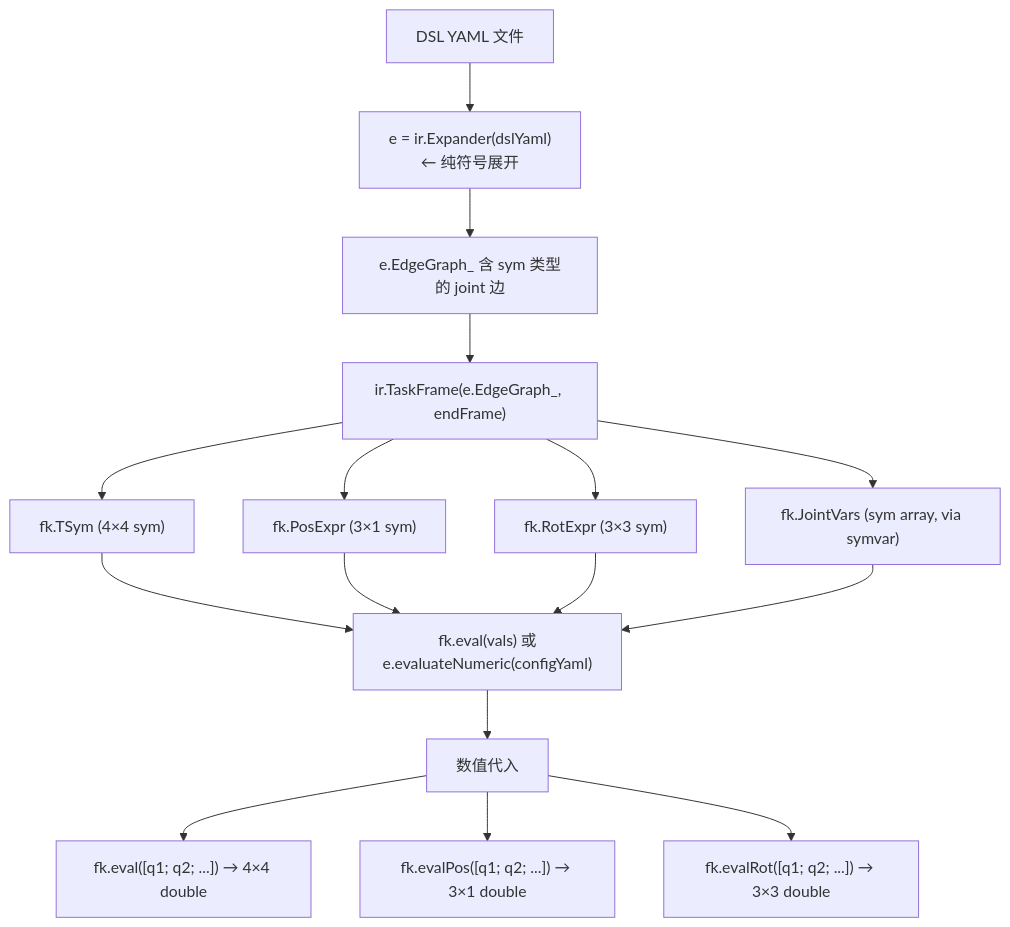
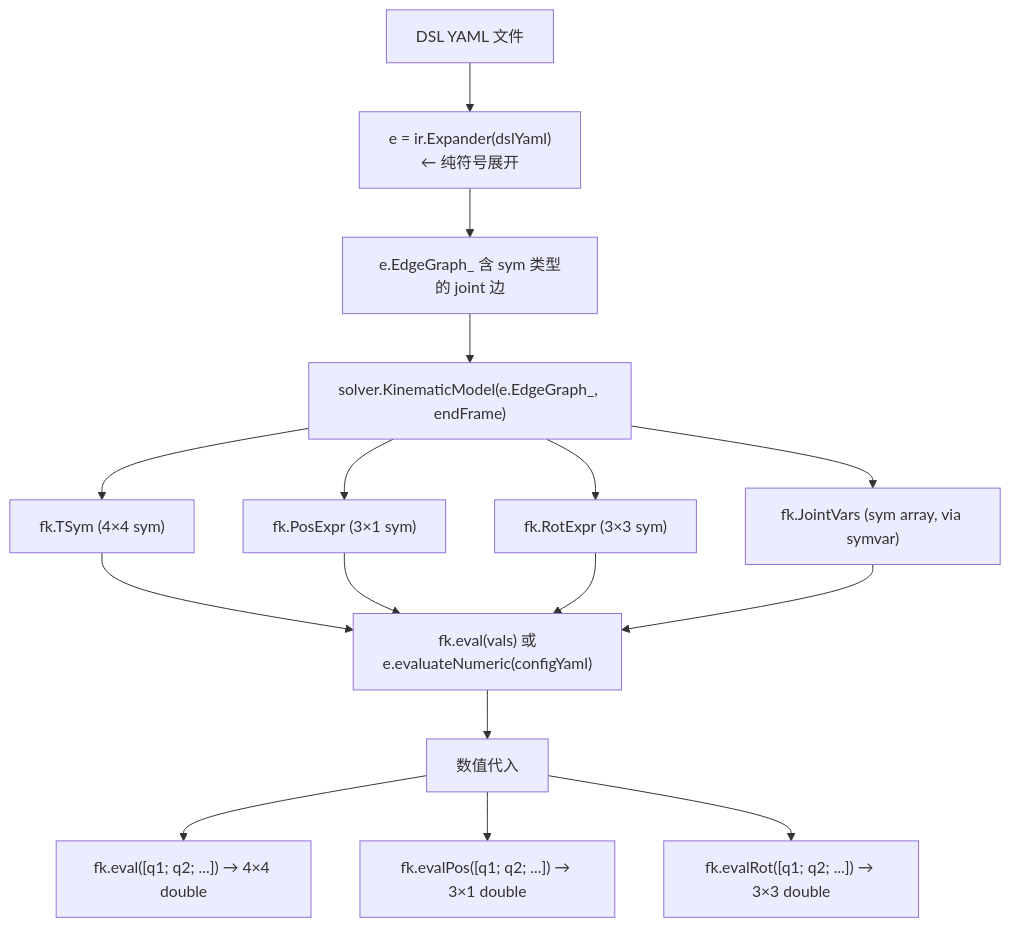
Before and after one commit to Axiom117/symbolic-modular-kinematics: the sixth of 7 diagrams in scripts/matlab/ARCHITECTURE.md, drawn with Mermaid. The commit also changed other lines of this file and 18 other files, not shown here.

````diff
--- a/scripts/matlab/ARCHITECTURE.md
+++ b/scripts/matlab/ARCHITECTURE.md
@@ -190,15 +208,15 @@
 ```mermaid
 flowchart TD
     A["DSL YAML 文件"] --> B["e = ir.Expander(dslYaml)<br/>← 纯符号展开"]
     B --> C["e.EdgeGraph_ 含 sym 类型的 joint 边"]
-    C --> D["ir.TaskFrame(e.EdgeGraph_, endFrame)"]
+    C --> D["solver.KinematicModel(e.EdgeGraph_, endFrame)"]
     D --> E1["fk.TSym (4×4 sym)"]
     D --> E2["fk.PosExpr (3×1 sym)"]
     D --> E3["fk.RotExpr (3×3 sym)"]
     D --> E4["fk.JointVars (sym array, via symvar)"]
     E1 & E2 & E3 & E4 --> F["fk.eval(vals) 或<br/>e.evaluateNumeric(configYaml)"]
     F --> G["数值代入"]
     G --> H1["fk.eval([q1; q2; ...]) → 4×4 double"]
     G --> H2["fk.evalPos([q1; q2; ...]) → 3×1 double"]
     G --> H3["fk.evalRot([q1; q2; ...]) → 3×3 double"]
 ```
````
